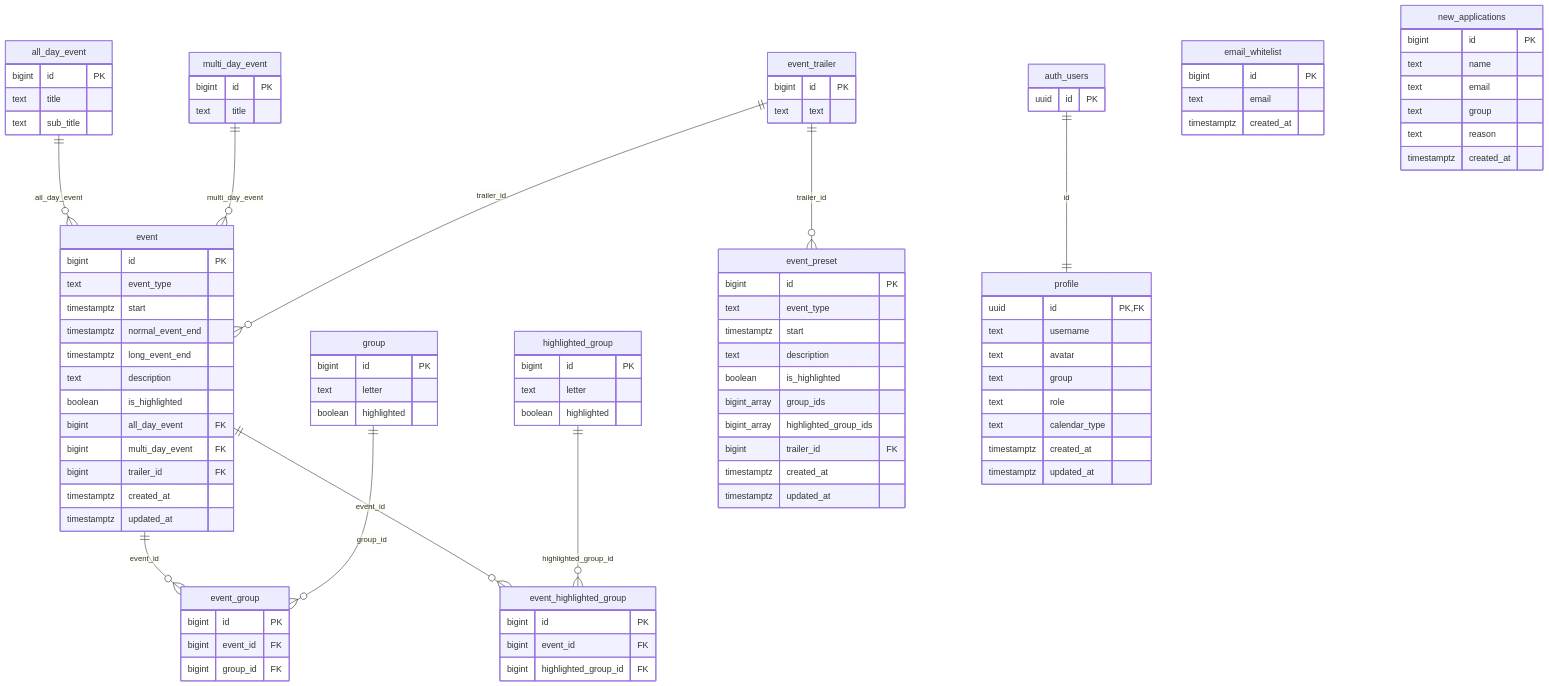
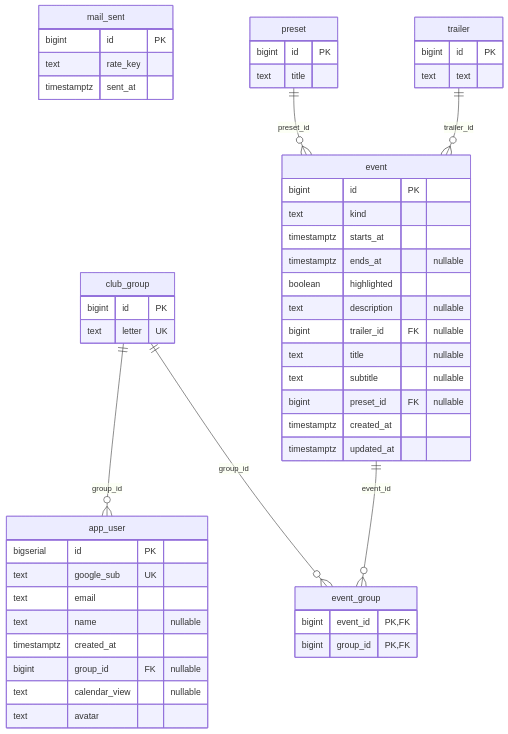
Before and after one commit to tomimarkus991/karatekool: the diagram in docs/c4/database.md, drawn with Mermaid. The commit also changed other lines of this file and 4 other files, not shown here.

````diff
--- a/docs/c4/database.md
+++ b/docs/c4/database.md
@@ -10,72 +10,53 @@
 ```mermaid
 erDiagram
-  all_day_event { bigint id PK
+  app_user {
+    bigserial id PK
+    text google_sub UK
+    text email
+    text name "nullable"
+    timestamptz created_at
+    bigint group_id FK "nullable"
+    text calendar_view "nullable"
+    text avatar
+  }
+  club_group {
+    bigint id PK
+    text letter UK
+  }
+  event {
+    bigint id PK
+    text kind
+    timestamptz starts_at
+    timestamptz ends_at "nullable"
+    boolean highlighted
+    text description "nullable"
+    bigint trailer_id FK "nullable"
+    text title "nullable"
+    text subtitle "nullable"
+    bigint preset_id FK "nullable"
+    timestamptz created_at
+    timestamptz updated_at
+  }
+  event_group {
+    bigint event_id PK,FK
+    bigint group_id PK,FK
+  }
+  mail_sent {
+    bigint id PK
+    text rate_key
+    timestamptz sent_at
+  }
+  preset {
+    bigint id PK
     text title
-    text sub_title }
-  multi_day_event { bigint id PK
-    text title }
-  event_trailer { bigint id PK
-    text text }
-  event { bigint id PK
-    text event_type
-    timestamptz start
-    timestamptz normal_event_end
-    timestamptz long_event_end
-    text description
-    boolean is_highlighted
-    bigint all_day_event FK
-    bigint multi_day_event FK
-    bigint trailer_id FK
-    timestamptz created_at
-    timestamptz updated_at }
-  group { bigint id PK
-    text letter
-    boolean highlighted }
-  highlighted_group { bigint id PK
-    text letter
-    boolean highlighted }
-  event_group { bigint id PK
-    bigint event_id FK
-    bigint group_id FK }
-  event_highlighted_group { bigint id PK
-    bigint event_id FK
-    bigint highlighted_group_id FK }
-  event_preset { bigint id PK
-    text event_type
-    timestamptz start
-    text description
-    boolean is_highlighted
-    bigint_array group_ids
-    bigint_array highlighted_group_ids
-    bigint trailer_id FK
-    timestamptz created_at
-    timestamptz updated_at }
-  profile { uuid id PK,FK
-    text username
-    text avatar
-    text group
-    text role
-    text calendar_type
-    timestamptz created_at
-    timestamptz updated_at }
-  auth_users { uuid id PK }
-  email_whitelist { bigint id PK
-    text email
-    timestamptz created_at }
-  new_applications { bigint id PK
-    text name
-    text email
-    text group
-    text reason
-    timestamptz created_at }
-
-  all_day_event ||--o{ event : "all_day_event"
-  multi_day_event ||--o{ event : "multi_day_event"
-  event_trailer ||--o{ event : "trailer_id"
-  event_trailer ||--o{ event_preset : "trailer_id"
+  }
+  trailer {
+    bigint id PK
+    text text
+  }
+  club_group ||--o{ app_user : "group_id"
+  club_group ||--o{ event_group : "group_id"
   event ||--o{ event_group : "event_id"
-  group ||--o{ event_group : "group_id"
-  event ||--o{ event_highlighted_group : "event_id"
-  highlighted_group ||--o{ event_highlighted_group : "highlighted_group_id"
-  auth_users ||--|| profile : "id"
+  preset ||--o{ event : "preset_id"
+  trailer ||--o{ event : "trailer_id"
 ```
````
